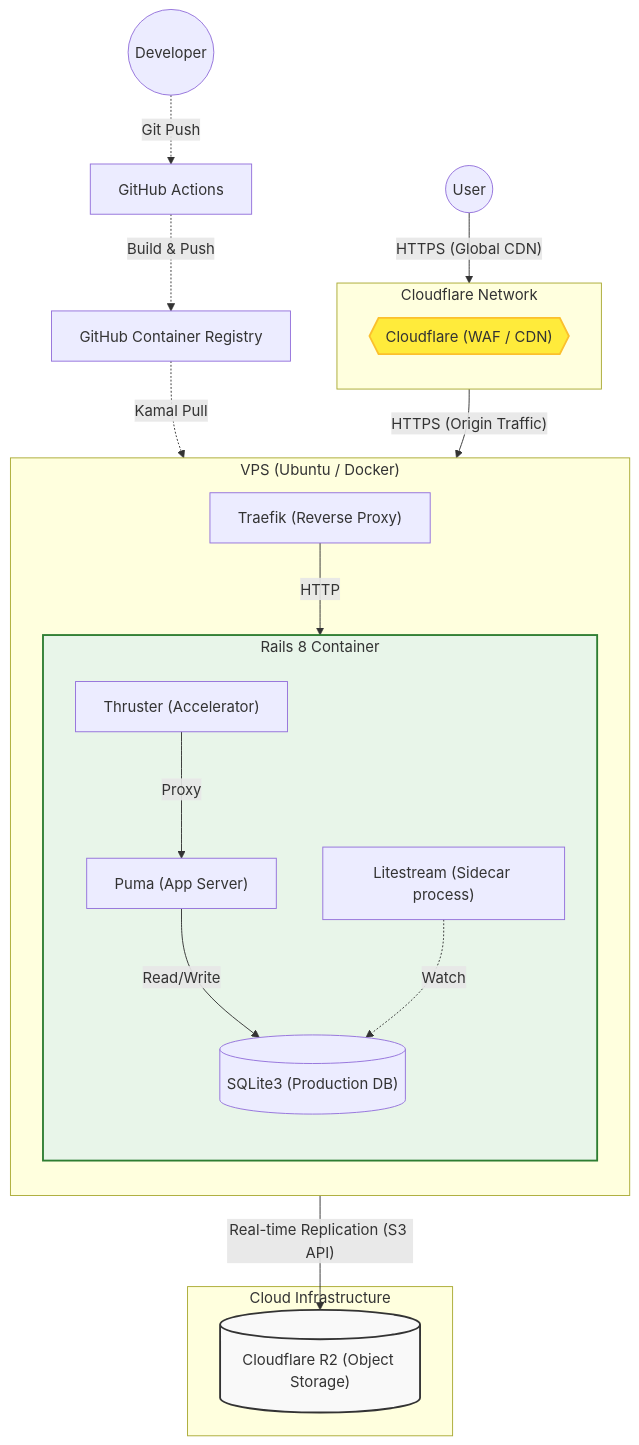
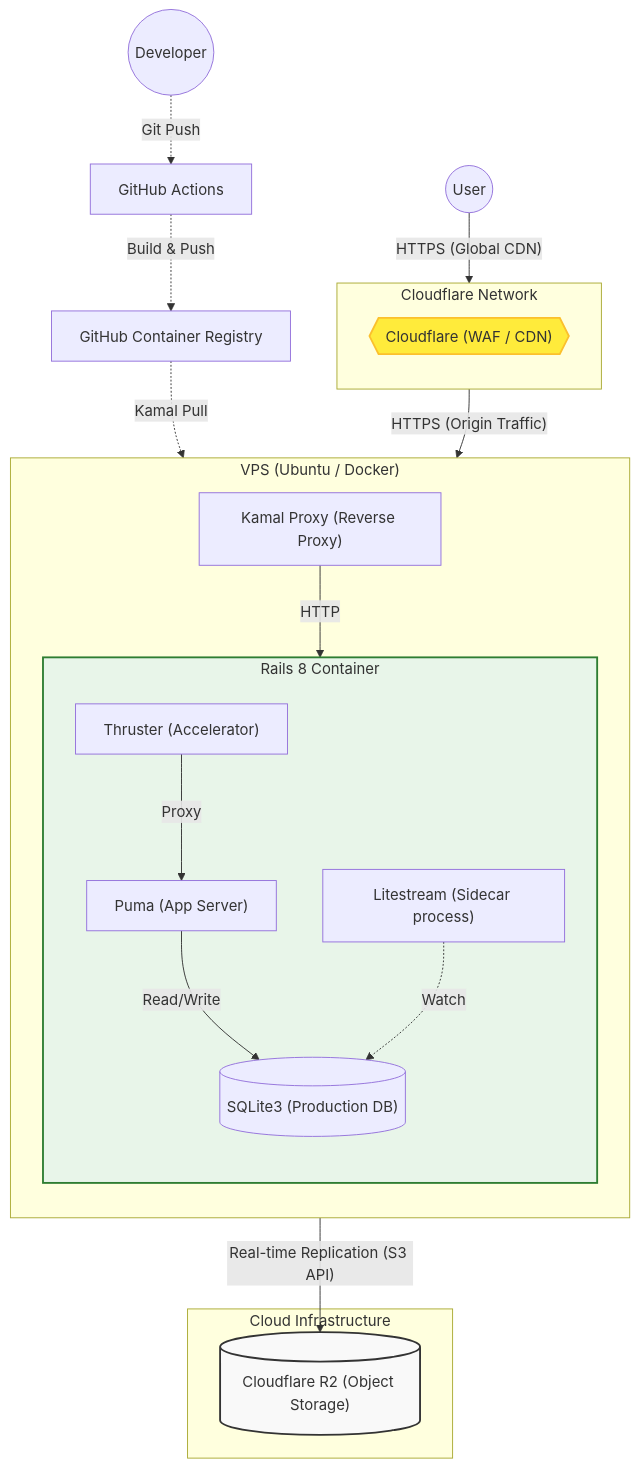
One commit to php8-study/php8-study-app changed the second of 2 diagrams in README.md. Above: the diagram before and after it, drawn with Mermaid.

Commit message:
READMEを更新

````diff
--- a/README.md
+++ b/README.md
@@ -205,42 +205,42 @@
 ```mermaid
 graph TD
     classDef cloud fill:#f9f9f9,stroke:#333,stroke-width:2px;
     classDef cf fill:#ffeb3b,stroke:#fbc02d,stroke-width:2px;
     classDef storage fill:#e1f5fe,stroke:#0277bd,stroke-width:2px;
     classDef app fill:#e8f5e9,stroke:#2e7d32,stroke-width:2px;
 
     User((User)) -->|"HTTPS (Global CDN)"| Cloudflare
 
     subgraph Security ["Cloudflare Network"]
         direction TB
         Cloudflare{{"Cloudflare (WAF / CDN)"}}:::cf
     end
 
     Cloudflare -->|"HTTPS (Origin Traffic)"| Traefik
 
     subgraph VPS ["VPS (Ubuntu / Docker)"]
         direction TB
-        Traefik["Traefik (Reverse Proxy)"] -->|HTTP| Thruster
+        Traefik["Kamal Proxy (Reverse Proxy)"] -->|HTTP| Thruster
 
         subgraph AppContainer ["Rails 8 Container"]
             direction TB
             Thruster["Thruster (Accelerator)"] -->|Proxy| Puma["Puma (App Server)"]
             Puma -->|"Read/Write"| SQLite[("SQLite3 (Production DB)")]
             
             Litestream["Litestream (Sidecar process)"] -.->|Watch| SQLite
         end
     end
 
     subgraph Cloud ["Cloud Infrastructure"]
         R2[("Cloudflare R2 (Object Storage)")]:::storage
     end
 
     Litestream -->|"Real-time Replication (S3 API)"| R2
 
     Dev((Developer)) -.->|"Git Push"| GitHub["GitHub Actions"]
     GitHub -.->|"Build & Push"| Registry["GitHub Container Registry"]
     Registry -.->|"Kamal Pull"| VPS
 
     class R2 cloud
     class AppContainer app
 ```
````
